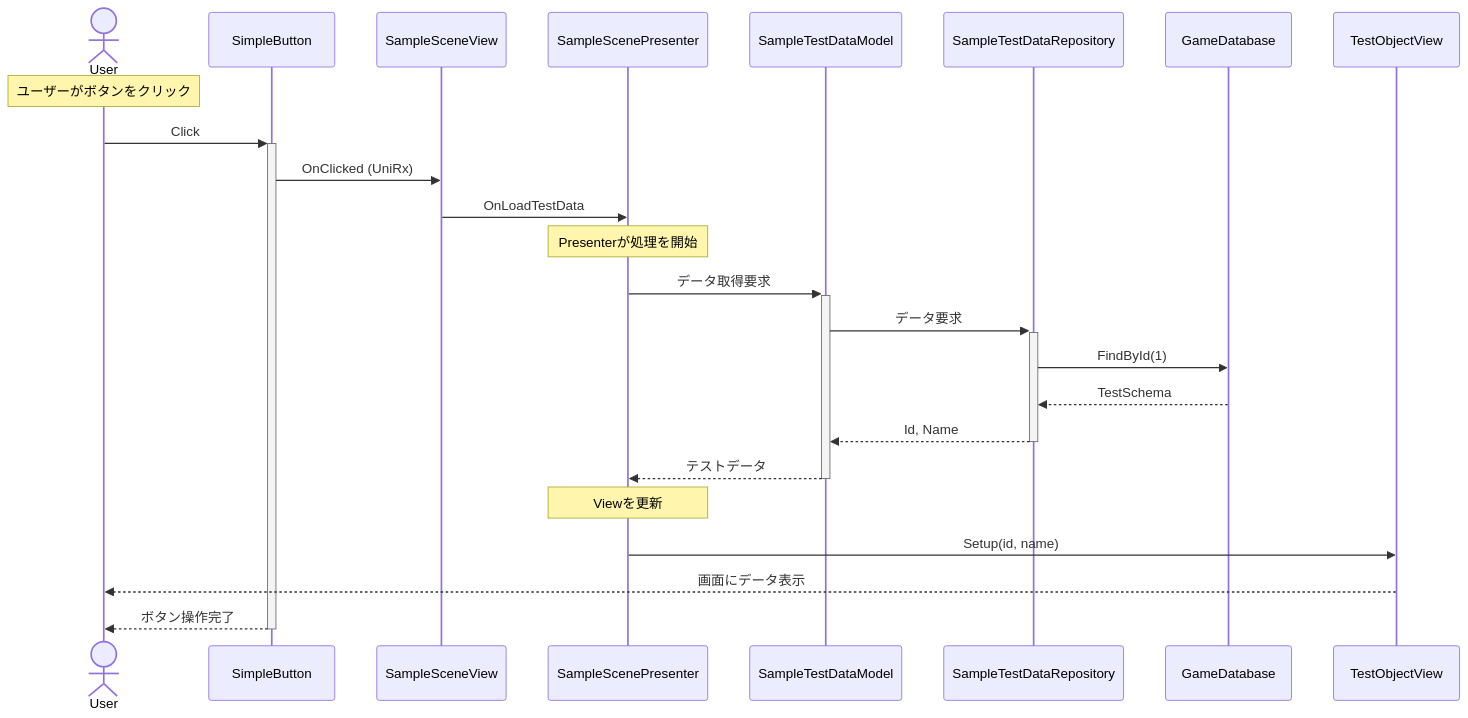
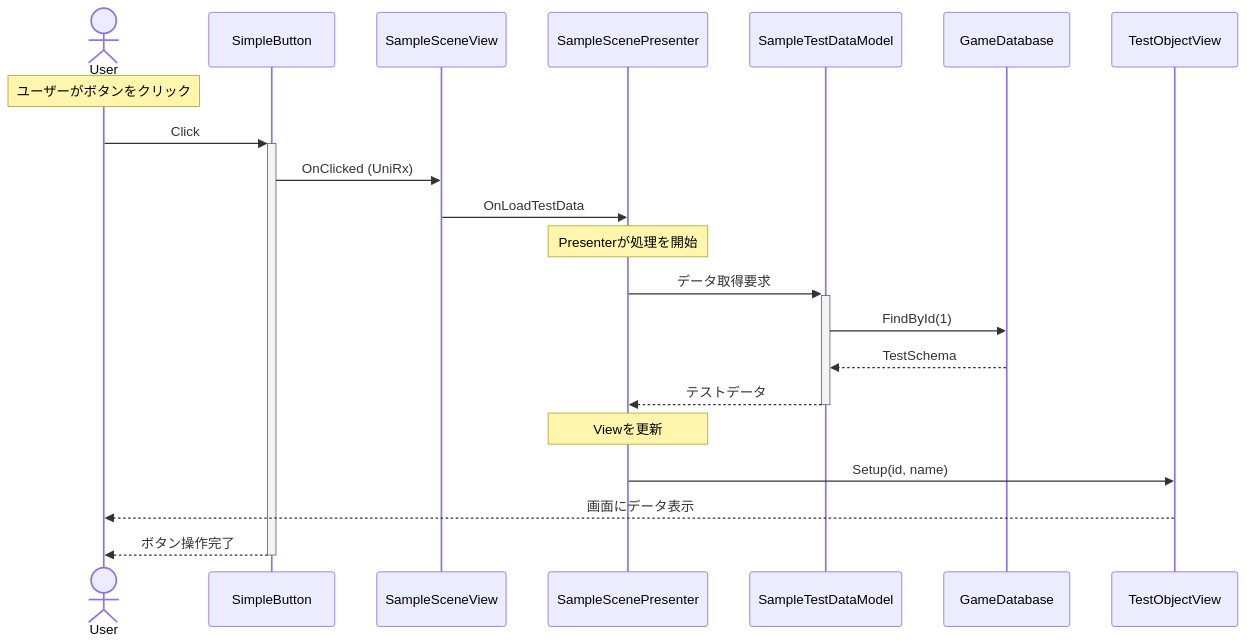
One commit to doguto/Hackathon2025-s changed the first of 3 diagrams in Docs/SampleFlow.md. Above: the diagram before and after it, drawn with Mermaid. The commit also changed other lines of this file and 14 other files, not shown here.

````diff
--- a/Docs/SampleFlow.md
+++ b/Docs/SampleFlow.md
@@ -34,29 +34,26 @@
 ```mermaid
 sequenceDiagram
     actor User
     participant SimpleButton
     participant SampleSceneView
     participant SampleScenePresenter
     participant SampleTestDataModel
-    participant SampleTestDataRepository
     participant GameDatabase
     participant TestObjectView
     
     Note over User: ユーザーがボタンをクリック
     User->>+SimpleButton: Click
     SimpleButton->>SampleSceneView: OnClicked (UniRx)
     SampleSceneView->>SampleScenePresenter: OnLoadTestData
     
     Note over SampleScenePresenter: Presenterが処理を開始
     SampleScenePresenter->>+SampleTestDataModel: データ取得要求
-    SampleTestDataModel->>+SampleTestDataRepository: データ要求
-    SampleTestDataRepository->>GameDatabase: FindById(1)
-    GameDatabase-->>SampleTestDataRepository: TestSchema
-    SampleTestDataRepository-->>-SampleTestDataModel: Id, Name
+    SampleTestDataModel->>GameDatabase: FindById(1)
+    GameDatabase-->>SampleTestDataModel: TestSchema
     SampleTestDataModel-->>-SampleScenePresenter: テストデータ
     
     Note over SampleScenePresenter: Viewを更新
     SampleScenePresenter->>TestObjectView: Setup(id, name)
     TestObjectView-->>User: 画面にデータ表示
     SimpleButton-->>-User: ボタン操作完了
 ```
````
